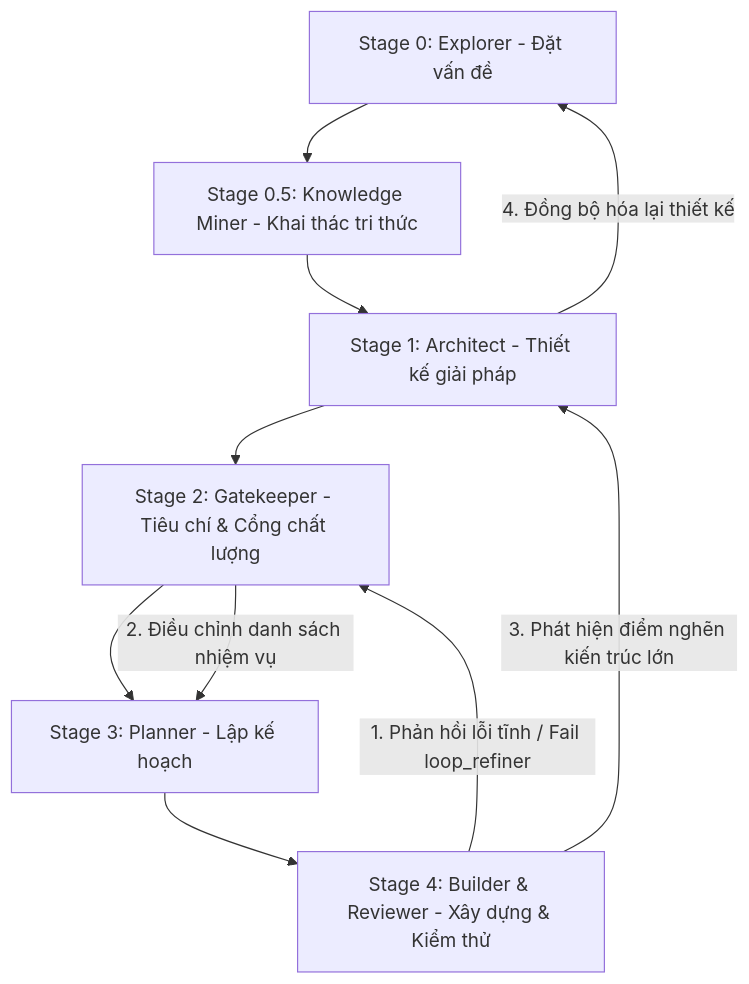
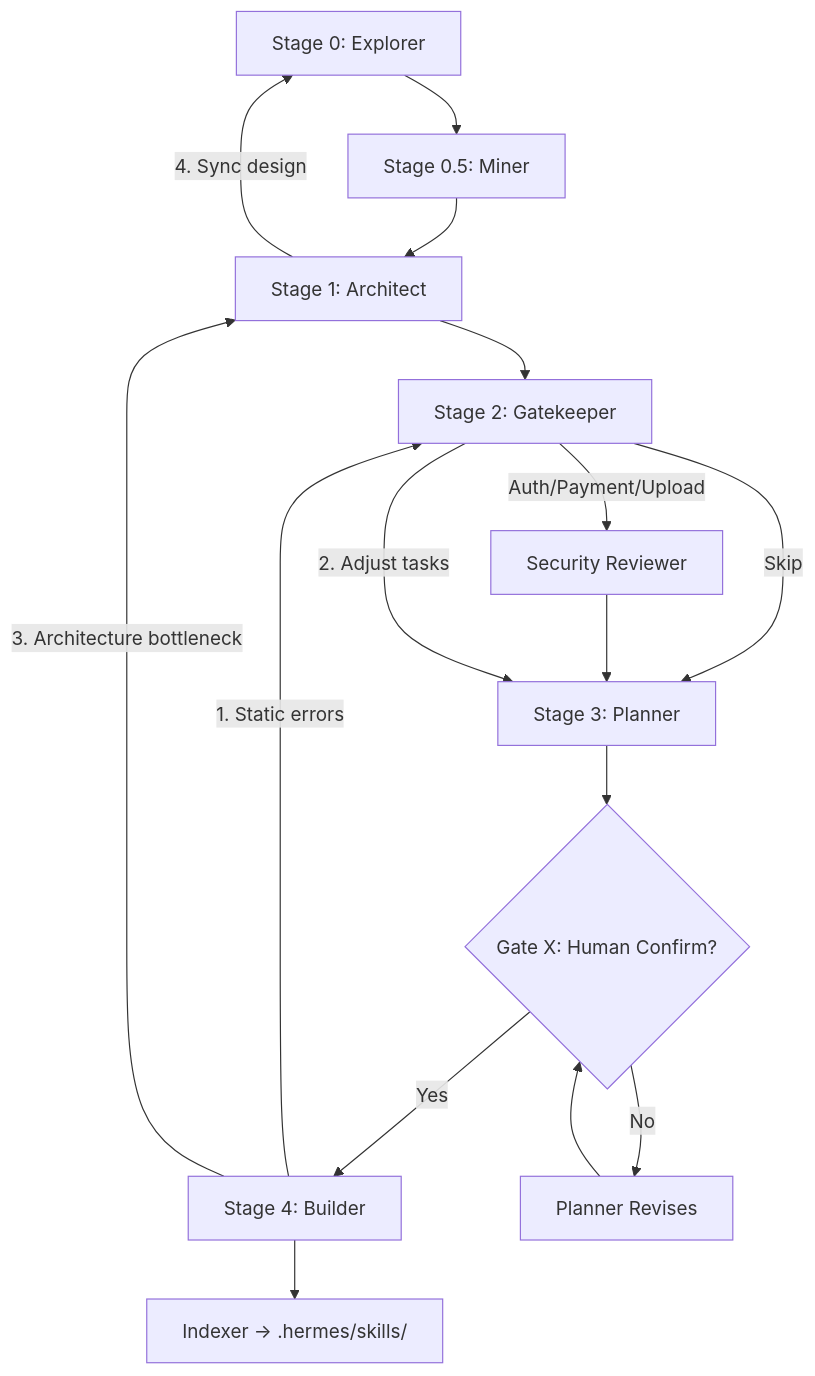
One commit to vuthuonghai-steve/deep_work_by_steve changed the diagram in skills/Update-suite/current-suite/ver-3/_shared/knowledge/framework.md. Above: the diagram before and after it, drawn with Mermaid. The commit also changed other lines of this file and 8 other files, not shown here.

````diff
--- a/skills/Update-suite/current-suite/ver-3/_shared/knowledge/framework.md
+++ b/skills/Update-suite/current-suite/ver-3/_shared/knowledge/framework.md
@@ -112,13 +138,19 @@
 ```mermaid
 graph TD
-    Explorer[Stage 0: Explorer - Đặt vấn đề] --> Miner[Stage 0.5: Knowledge Miner - Khai thác tri thức]
-    Miner --> Architect[Stage 1: Architect - Thiết kế giải pháp]
-    Architect --> Gatekeeper[Stage 2: Gatekeeper - Tiêu chí & Cổng chất lượng]
-    Gatekeeper --> Planner[Stage 3: Planner - Lập kế hoạch]
-    Planner --> Builder[Stage 4: Builder & Reviewer - Xây dựng & Kiểm thử]
+    E[Stage 0: Explorer] --> M[Stage 0.5: Miner]
+    M --> A[Stage 1: Architect]
+    A --> G[Stage 2: Gatekeeper]
+    G -->|Auth/Payment/Upload| S[Security Reviewer]
+    G -->|Skip| P[Stage 3: Planner]
+    S --> P
+    P --> X{Gate X: Human Confirm?}
+    X -->|Yes| B[Stage 4: Builder]
+    X -->|No| Revise[Planner Revises]
+    Revise --> X
+    B --> I[Indexer → .hermes/skills/]
     
-    Builder -- "1. Phản hồi lỗi tĩnh / Fail loop_refiner" --> Gatekeeper
-    Gatekeeper -- "2. Điều chỉnh danh sách nhiệm vụ" --> Planner
-    Builder -- "3. Phát hiện điểm nghẽn kiến trúc lớn" --> Architect
-    Architect -- "4. Đồng bộ hóa lại thiết kế" --> Explorer
+    B -->|1. Static errors| G
+    G -->|2. Adjust tasks| P
+    B -->|3. Architecture bottleneck| A
+    A -->|4. Sync design| E
 ```
````
